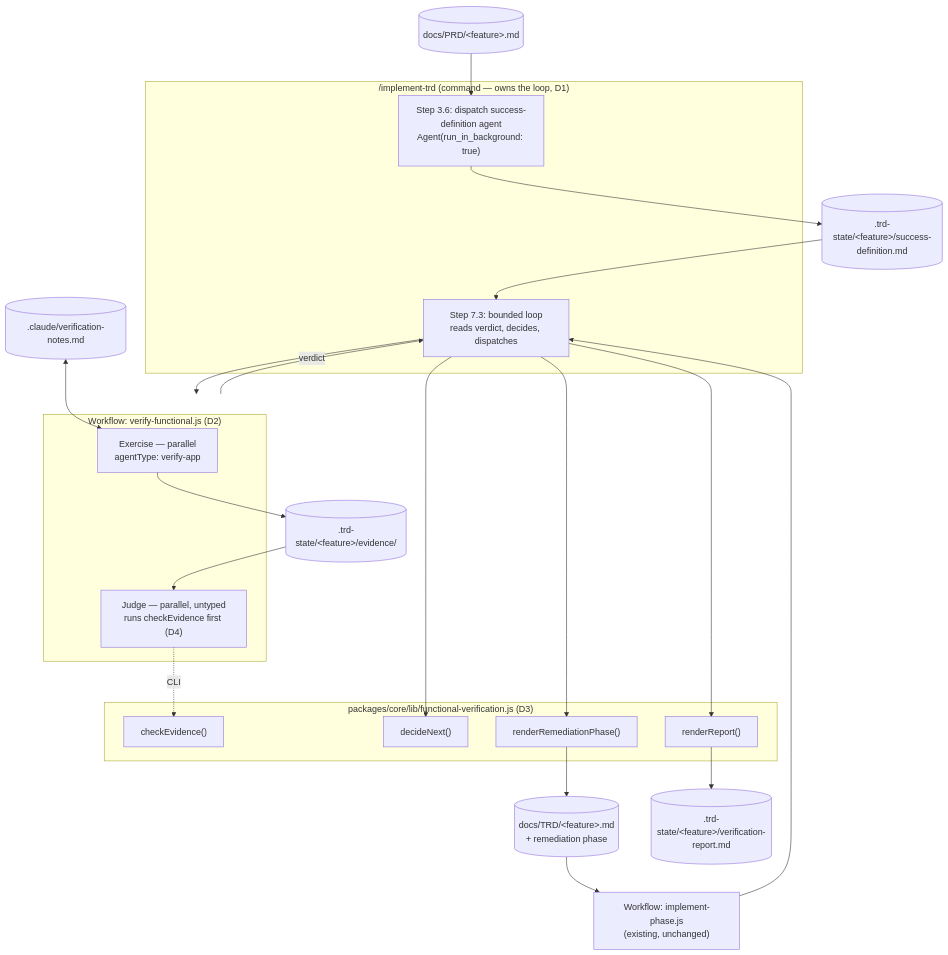
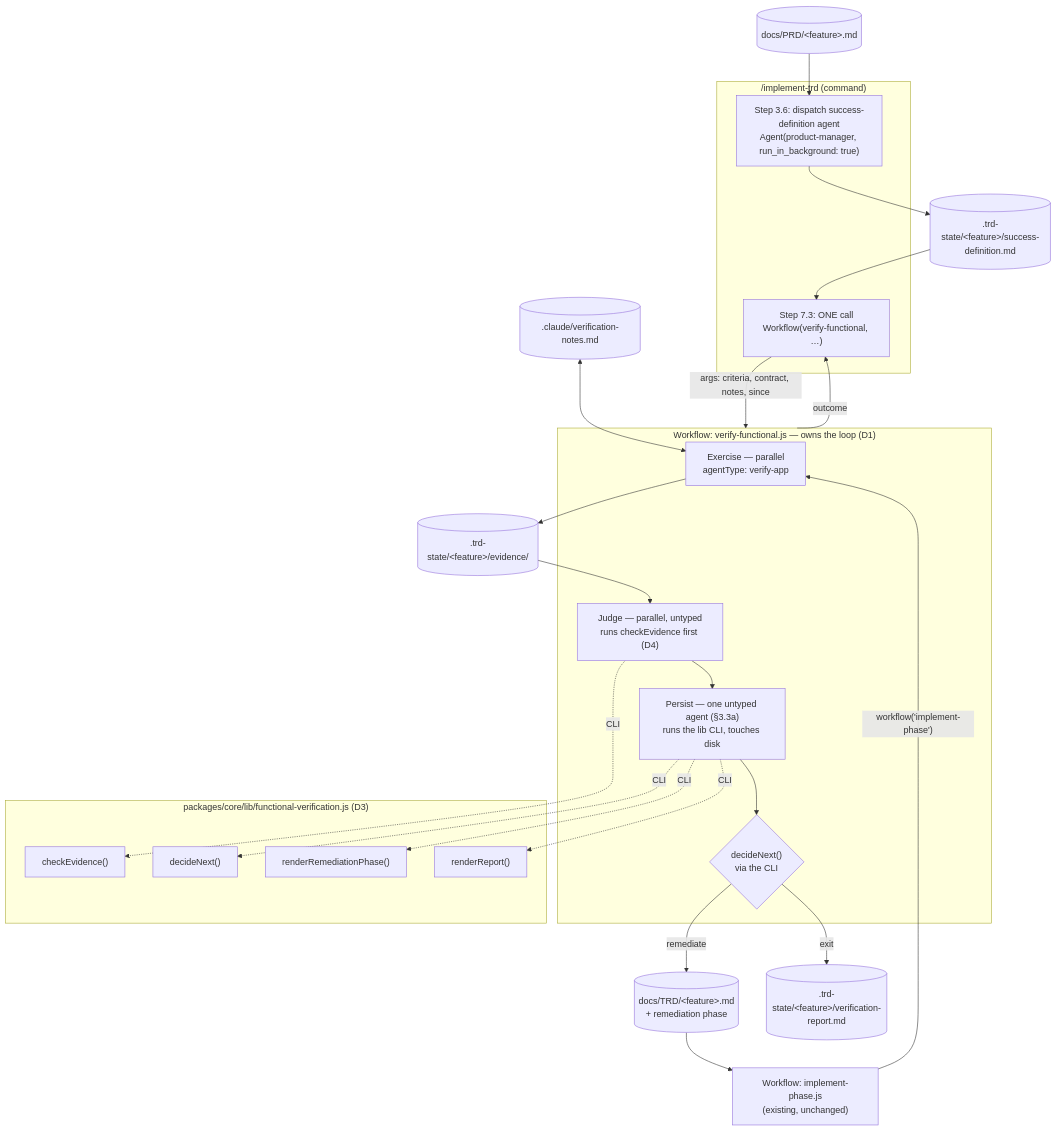
One commit to FortiumPartners/ensemble-vnext changed the first of 3 diagrams in docs/TRD/functional-verification.md. Above: the diagram before and after it, drawn with Mermaid. The commit also changed other lines of this file, not shown here.

First line of the commit message:
docs(TRD): refine-trd v1.1.0 — six owner decisions, and D1 was inverted

````diff
--- a/docs/TRD/functional-verification.md
+++ b/docs/TRD/functional-verification.md
@@ -104,38 +109,42 @@
 ```mermaid
 graph TB
-    subgraph CMD["/implement-trd (command — owns the loop, D1)"]
-        DERIVE["Step 3.6: dispatch success-definition agent<br/>Agent(run_in_background: true)"]
-        LOOP["Step 7.3: bounded loop<br/>reads verdict, decides, dispatches"]
+    subgraph CMD["/implement-trd (command)"]
+        DERIVE["Step 3.6: dispatch success-definition agent<br/>Agent(product-manager, run_in_background: true)"]
+        CALL["Step 7.3: ONE call<br/>Workflow(verify-functional, …)"]
+    end
+
+    subgraph WF["Workflow: verify-functional.js — owns the loop (D1)"]
+        EX["Exercise — parallel<br/>agentType: verify-app"]
+        JU["Judge — parallel, untyped<br/>runs checkEvidence first (D4)"]
+        PS["Persist — one untyped agent (§3.3a)<br/>runs the lib CLI, touches disk"]
+        DEC{"decideNext()<br/>via the CLI"}
     end
 
     subgraph LIB["packages/core/lib/functional-verification.js (D3)"]
         CHK["checkEvidence()"]
-        DEC["decideNext()"]
+        DECF["decideNext()"]
         REM["renderRemediationPhase()"]
         REP["renderReport()"]
-    end
-
-    subgraph WF["Workflow: verify-functional.js (D2)"]
-        EX["Exercise — parallel<br/>agentType: verify-app"]
-        JU["Judge — parallel, untyped<br/>runs checkEvidence first (D4)"]
     end
 
     IP["Workflow: implement-phase.js<br/>(existing, unchanged)"]
 
     PRD[("docs/PRD/&lt;feature&gt;.md")] --> DERIVE
     DERIVE --> SD[(".trd-state/&lt;feature&gt;/success-definition.md")]
-    SD --> LOOP
-    LOOP --> WF
+    SD --> CALL
+    CALL -->|args: criteria, contract, notes, since| WF
     EX --> EV[(".trd-state/&lt;feature&gt;/evidence/")]
     EV --> JU
     JU -.->|CLI| CHK
     NOTES[(".claude/verification-notes.md")] <--> EX
-    WF -->|verdict| LOOP
-    LOOP --> DEC
-    LOOP --> REM
-    REM --> TRD[("docs/TRD/&lt;feature&gt;.md<br/>+ remediation phase")]
+    JU --> PS
+    PS -.->|CLI| DECF
+    PS -.->|CLI| REM
+    PS -.->|CLI| REP
+    PS --> DEC
+    DEC -->|remediate| TRD[("docs/TRD/&lt;feature&gt;.md<br/>+ remediation phase")]
     TRD --> IP
-    IP --> LOOP
-    LOOP --> REP
-    REP --> RPT[(".trd-state/&lt;feature&gt;/verification-report.md")]
+    IP -->|"workflow('implement-phase')"| EX
+    DEC -->|exit| RPT[(".trd-state/&lt;feature&gt;/verification-report.md")]
+    WF -->|outcome| CALL
 ```
````
